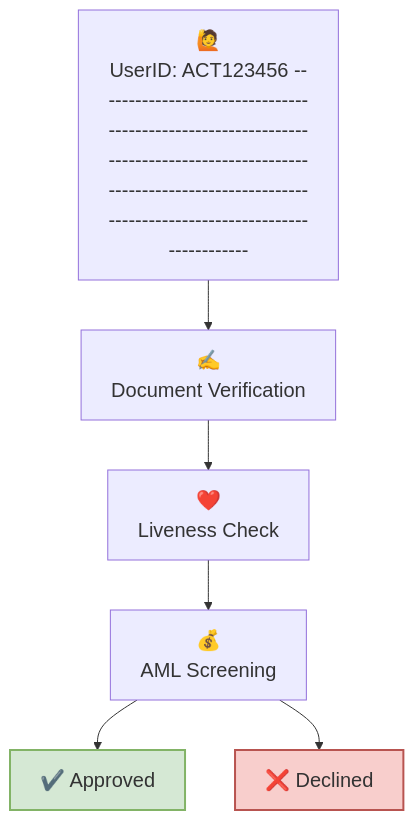
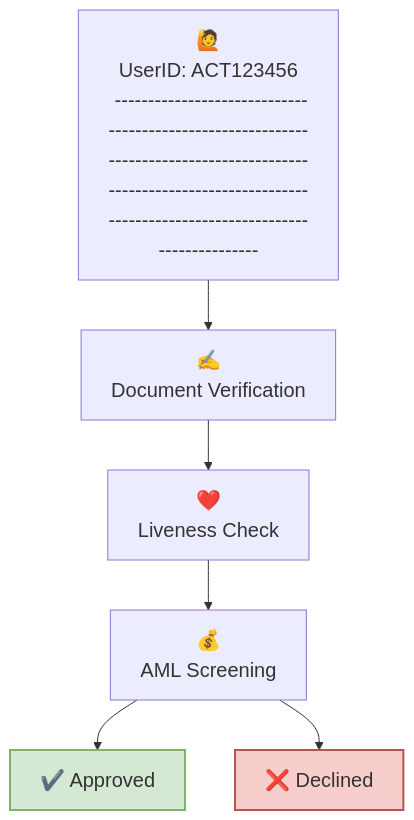
The diagram in id/id.mdx (Fantastic-Devs/Mintlify), drawn with Mermaid before and after one commit.

````diff
--- a/id/id.mdx
+++ b/id/id.mdx
@@ -17,28 +17,28 @@
 ```mermaid
 
 graph TB;
-    A["🙋<br />UserID: ACT123456 --------------------------------------------------------------------------------------------------------------------------------------------------------------------"]
+    A["🙋<br />UserID: ACT123456<br> --------------------------------------------------------------------------------------------------------------------------------------------------------------------"]
     B["✍<br />Document Verification"];
     C["❤️<br />Liveness Check"];
     D["💰<br />AML Screening"];
     E["✔️ Approved"];
     F["❌ Declined"];
 
     A --> B;
     B --> C;
     C --> D;
     D --> E;
     D --> F;
     %% Classes
     classDef largeText font-size:20px;
     class A largeText;
     class B largeText;
     class C largeText;
     class D largeText;
     class E largeText;
     class F largeText;
  
     style E fill:#d5e8d4,stroke:#82b366,stroke-width:2px;
     style F fill:#f8cecc,stroke:#b85450,stroke-width:2px;
 
 ```
````
